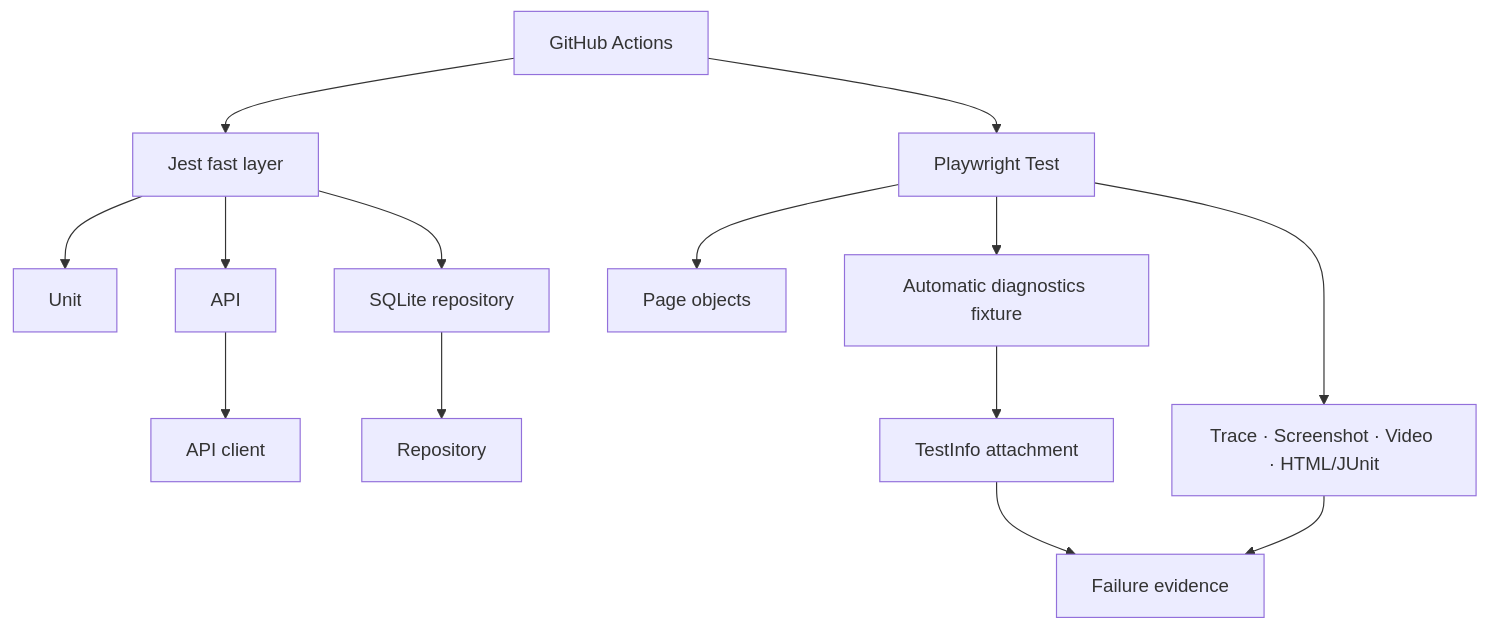
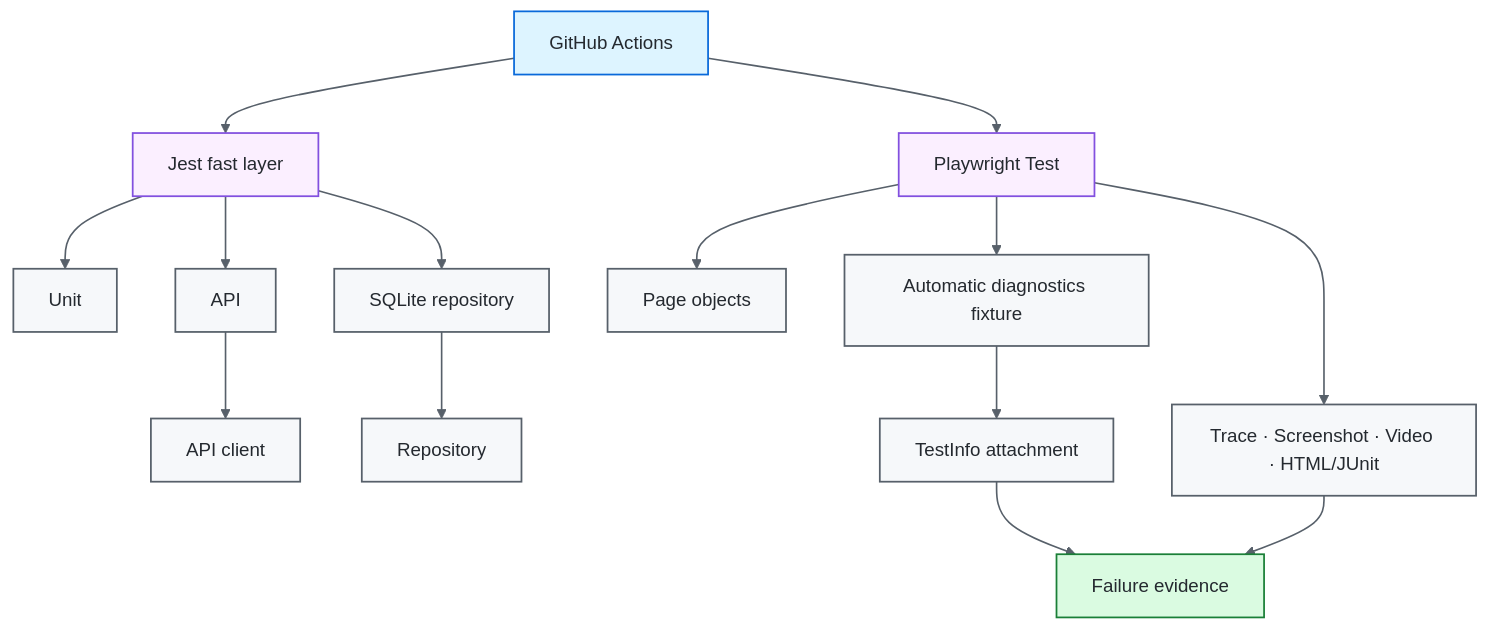
One commit to portyu9/qa-automation-node-playwright changed the second of 3 diagrams in README.md. Above: the diagram before and after it, drawn with Mermaid. The commit also changed other lines of this file, not shown here.

Commit message:
Polish badges and Mermaid diagrams (#15)

````diff
--- a/README.md
+++ b/README.md
@@ -68,16 +78,26 @@
 ```mermaid
 flowchart TD
     CI[GitHub Actions] --> J[Jest fast layer]
     CI --> PW[Playwright Test]
     J --> UNIT[Unit]
     J --> API[API]
     J --> DB[SQLite repository]
     PW --> PAGE[Page objects]
     PW --> FIX[Automatic diagnostics fixture]
     FIX --> ATT[TestInfo attachment]
     PW --> NATIVE[Trace · Screenshot · Video · HTML/JUnit]
     API --> CLIENT[API client]
     DB --> REPO[Repository]
     ATT --> OBS[Failure evidence]
     NATIVE --> OBS
+
+    classDef entry fill:#ddf4ff,stroke:#0969da,color:#24292f,stroke-width:1.5px;
+    classDef core fill:#f6f8fa,stroke:#57606a,color:#24292f,stroke-width:1.5px;
+    classDef gate fill:#fbefff,stroke:#8250df,color:#24292f,stroke-width:1.5px;
+    classDef evidence fill:#dafbe1,stroke:#1a7f37,color:#24292f,stroke-width:1.5px;
+    class CI entry;
+    class J,PW gate;
+    class UNIT,API,DB,PAGE,FIX,ATT,NATIVE,CLIENT,REPO core;
+    class OBS evidence;
+    linkStyle default stroke:#57606a,stroke-width:1.4px;
 ```
````
